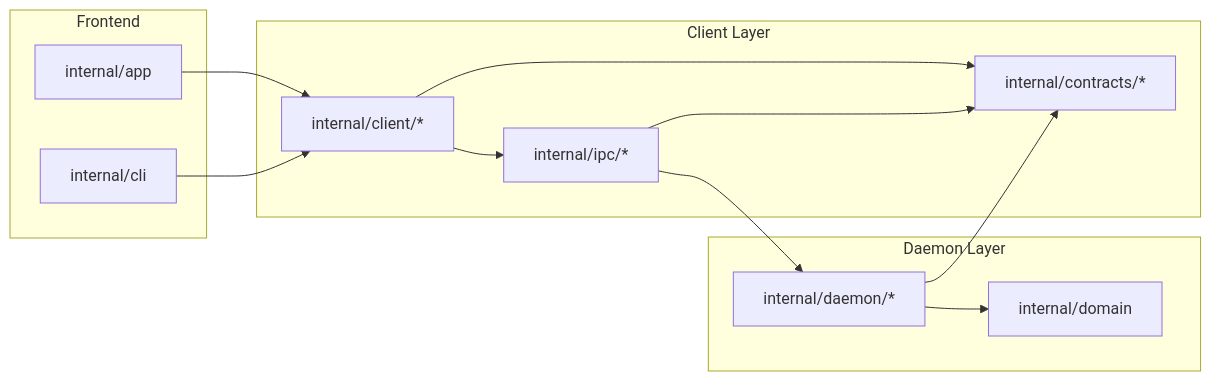
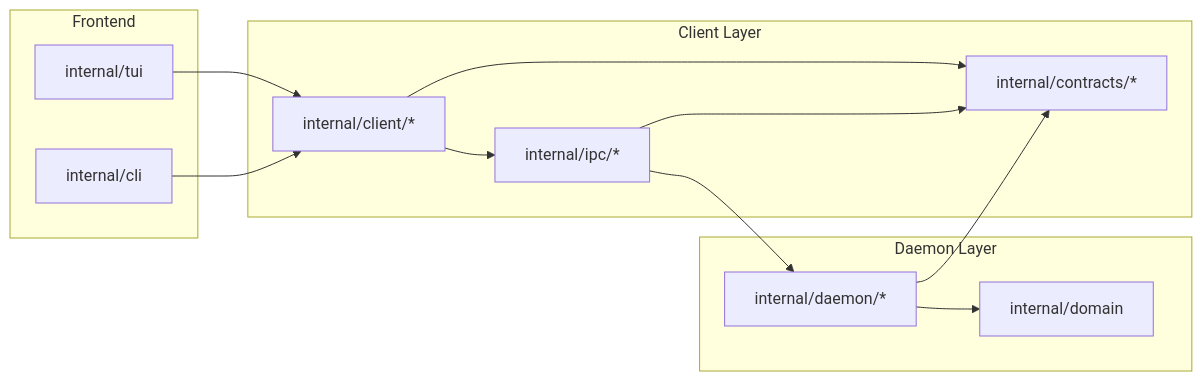
Before and after one commit to riordanpawley/azedarach: the first of 6 diagrams in README.md, drawn with Mermaid. The commit also changed 31 other files, not shown here.

Commit message:
bke: rename internal app package path to internal tui

````diff
--- a/README.md
+++ b/README.md
@@ -87,27 +87,27 @@
 ```mermaid
 flowchart LR
   subgraph FE["Frontend"]
-    APP[internal/app]
+    APP[internal/tui]
     CLI[internal/cli]
   end
 
   subgraph CL["Client Layer"]
     CLIENT[internal/client/*]
     IPC[internal/ipc/*]
     CONTRACTS[internal/contracts/*]
   end
 
   subgraph DM["Daemon Layer"]
     DAEMON[internal/daemon/*]
     DOMAIN[internal/domain]
   end
 
   APP --> CLIENT
   CLI --> CLIENT
   CLIENT --> IPC
   CLIENT --> CONTRACTS
   IPC --> CONTRACTS
   IPC --> DAEMON
   DAEMON --> CONTRACTS
   DAEMON --> DOMAIN
 ```
````
